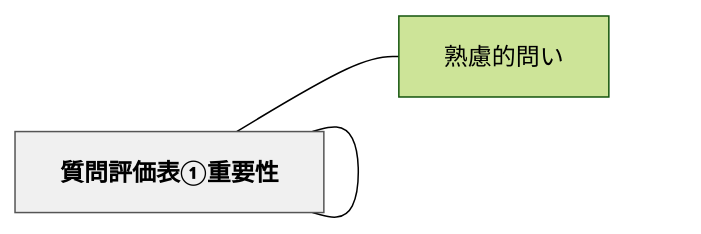
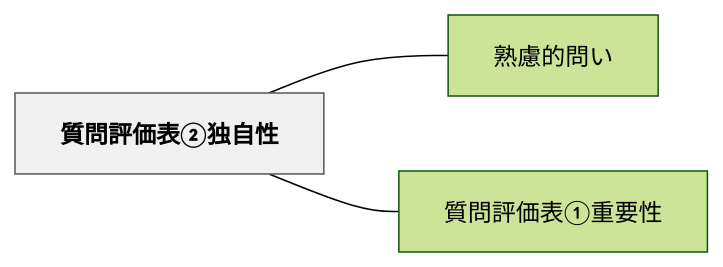
The diagram in content/パタン/質問評価表②独自性.md (unknownthings-ed-patterns/unknownthings-ed-patterns), drawn with Mermaid (forest theme) before and after one commit. The commit also changed 527 other files, not shown here.

````diff
--- a/content/パタン/質問評価表②独自性.md
+++ b/content/パタン/質問評価表②独自性.md
@@ -47,12 +47,12 @@
 ```mermaid
 flowchart LR
-    ne8b3aae5958f["質問評価表②独自性"]
-    ne7869fe685ae["熟慮的問い"]
-    ne8b3aae5958f["質問評価表①重要性"]
+    ne8b3aae5958fe8a995e4bea1e8a1a8e291a1e78bace887aae680a7["質問評価表②独自性"]
+    ne7869fe685aee79a84e5958fe38184["熟慮的問い"]
+    ne8b3aae5958fe8a995e4bea1e8a1a8e291a0e9878de8a681e680a7["質問評価表①重要性"]
 
-    ne8b3aae5958f --- ne7869fe685ae
-    ne8b3aae5958f --- ne8b3aae5958f
+    ne8b3aae5958fe8a995e4bea1e8a1a8e291a1e78bace887aae680a7 --- ne7869fe685aee79a84e5958fe38184
+    ne8b3aae5958fe8a995e4bea1e8a1a8e291a1e78bace887aae680a7 --- ne8b3aae5958fe8a995e4bea1e8a1a8e291a0e9878de8a681e680a7
 
     classDef hub fill:#f0f0f0,stroke:#555,color:#000,font-weight:bold
-    class ne8b3aae5958f hub
+    class ne8b3aae5958fe8a995e4bea1e8a1a8e291a1e78bace887aae680a7 hub
 ```
````
